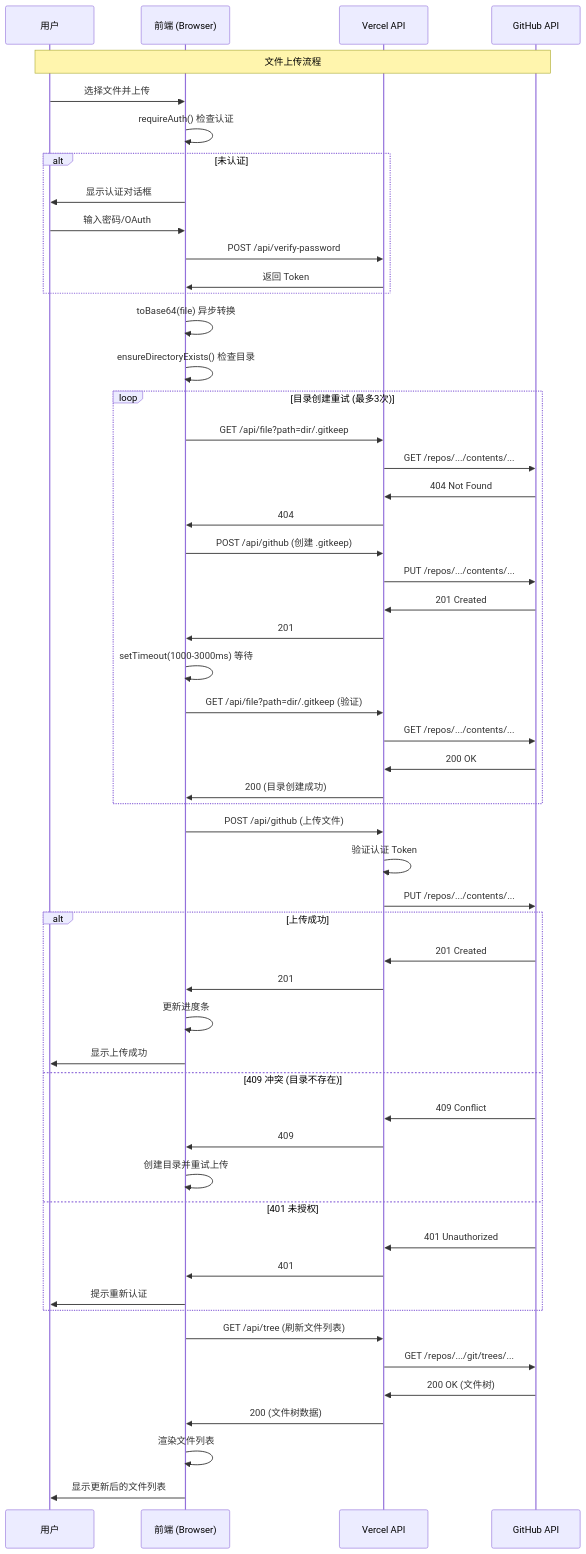
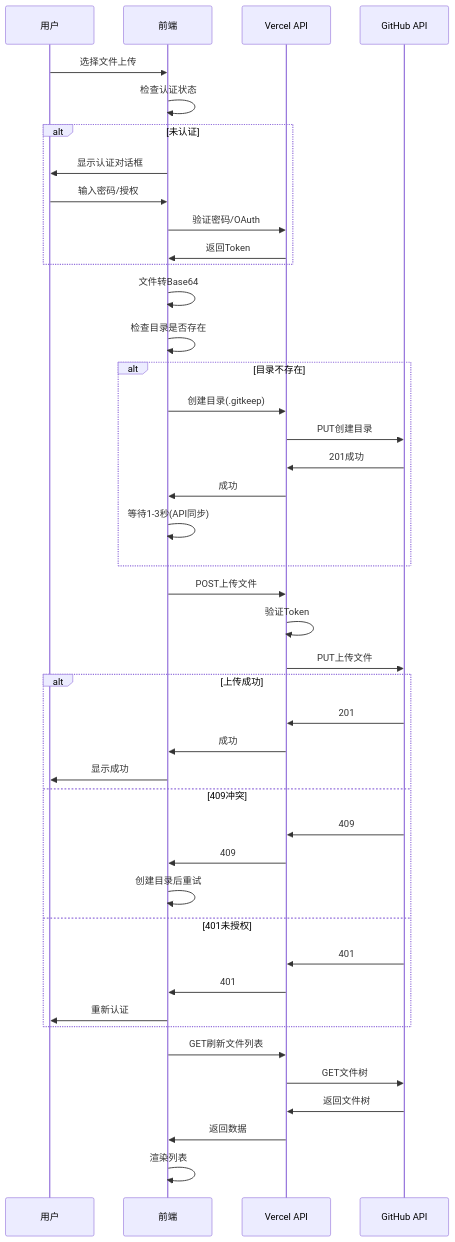
One commit to hoochanlon/picx-images-hosting changed the second of 4 diagrams in docs/architecture-flow.md. Above: the diagram before and after it, drawn with Mermaid. The commit also changed other lines of this file and 3 other files, not shown here.

````diff
--- a/docs/architecture-flow.md
+++ b/docs/architecture-flow.md
@@ -115,63 +50,52 @@
 ```mermaid
 sequenceDiagram
     participant User as 用户
-    participant Frontend as 前端 (Browser)
+    participant Frontend as 前端
     participant API as Vercel API
     participant GitHub as GitHub API
     
-    Note over User,GitHub: 文件上传流程
+    User->>Frontend: 选择文件上传
+    Frontend->>Frontend: 检查认证状态
     
-    User->>Frontend: 选择文件并上传
-    Frontend->>Frontend: requireAuth() 检查认证
     alt 未认证
         Frontend->>User: 显示认证对话框
-        User->>Frontend: 输入密码/OAuth
-        Frontend->>API: POST /api/verify-password
-        API->>Frontend: 返回 Token
+        User->>Frontend: 输入密码/授权
+        Frontend->>API: 验证密码/OAuth
+        API->>Frontend: 返回Token
     end
     
-    Frontend->>Frontend: toBase64(file) 异步转换
-    Frontend->>Frontend: ensureDirectoryExists() 检查目录
+    Frontend->>Frontend: 文件转Base64
+    Frontend->>Frontend: 检查目录是否存在
     
-    loop 目录创建重试 (最多3次)
-        Frontend->>API: GET /api/file?path=dir/.gitkeep
-        API->>GitHub: GET /repos/.../contents/...
-        GitHub->>API: 404 Not Found
-        API->>Frontend: 404
-        Frontend->>API: POST /api/github (创建 .gitkeep)
-        API->>GitHub: PUT /repos/.../contents/...
-        GitHub->>API: 201 Created
-        API->>Frontend: 201
-        Frontend->>Frontend: setTimeout(1000-3000ms) 等待
-        Frontend->>API: GET /api/file?path=dir/.gitkeep (验证)
-        API->>GitHub: GET /repos/.../contents/...
-        GitHub->>API: 200 OK
-        API->>Frontend: 200 (目录创建成功)
+    alt 目录不存在
+        Frontend->>API: 创建目录(.gitkeep)
+        API->>GitHub: PUT创建目录
+        GitHub->>API: 201成功
+        API->>Frontend: 成功
+        Frontend->>Frontend: 等待1-3秒(API同步)
     end
     
-    Frontend->>API: POST /api/github (上传文件)
-    API->>API: 验证认证 Token
-    API->>GitHub: PUT /repos/.../contents/...
+    Frontend->>API: POST上传文件
+    API->>API: 验证Token
+    API->>GitHub: PUT上传文件
     
     alt 上传成功
-        GitHub->>API: 201 Created
-        API->>Frontend: 201
-        Frontend->>Frontend: 更新进度条
-        Frontend->>User: 显示上传成功
-    else 409 冲突 (目录不存在)
-        GitHub->>API: 409 Conflict
+        GitHub->>API: 201
+        API->>Frontend: 成功
+        Frontend->>User: 显示成功
+    else 409冲突
+        GitHub->>API: 409
         API->>Frontend: 409
-        Frontend->>Frontend: 创建目录并重试上传
-    else 401 未授权
-        GitHub->>API: 401 Unauthorized
+        Frontend->>Frontend: 创建目录后重试
+    else 401未授权
+        GitHub->>API: 401
         API->>Frontend: 401
-        Frontend->>User: 提示重新认证
+        Frontend->>User: 重新认证
     end
     
-    Frontend->>API: GET /api/tree (刷新文件列表)
-    API->>GitHub: GET /repos/.../git/trees/...
-    GitHub->>API: 200 OK (文件树)
-    API->>Frontend: 200 (文件树数据)
-    Frontend->>Frontend: 渲染文件列表
-    Frontend->>User: 显示更新后的文件列表
+    Frontend->>API: GET刷新文件列表
+    API->>GitHub: GET文件树
+    GitHub->>API: 返回文件树
+    API->>Frontend: 返回数据
+    Frontend->>Frontend: 渲染列表
 ```
````
